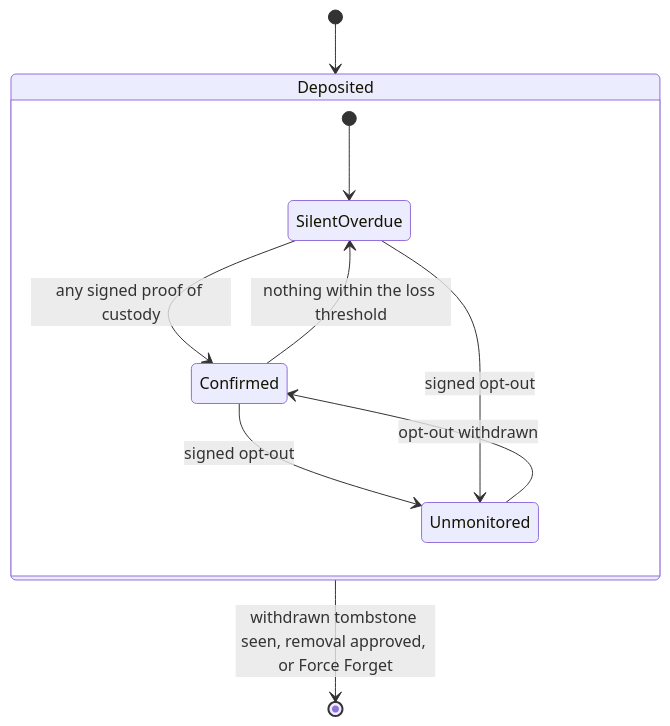
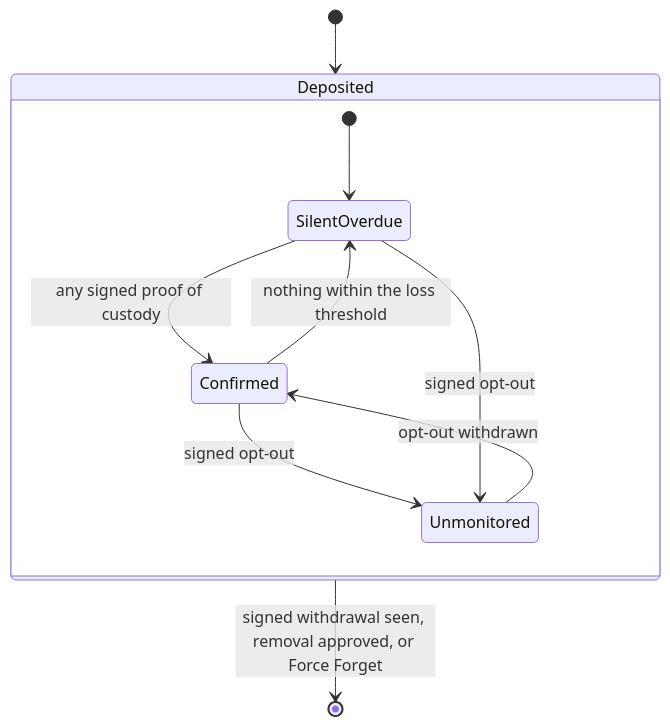
Before and after one commit to Deposplit/deposplit.com: the fourth of 4 diagrams in docs/lifecycles.md, drawn with Mermaid. The commit also changed other lines of this file and 48 other files, not shown here.

````diff
--- a/docs/lifecycles.md
+++ b/docs/lifecycles.md
@@ -217,13 +219,13 @@
 ```mermaid
 stateDiagram-v2
     [*] --> Deposited
     state Deposited {
         [*] --> SilentOverdue
         SilentOverdue --> Confirmed : any signed proof of custody
         Confirmed --> SilentOverdue : nothing within the loss threshold
         Confirmed --> Unmonitored : signed opt-out
         SilentOverdue --> Unmonitored : signed opt-out
         Unmonitored --> Confirmed : opt-out withdrawn
     }
-    Deposited --> [*] : withdrawn tombstone seen, removal approved, or Force Forget
+    Deposited --> [*] : signed withdrawal seen, removal approved, or Force Forget
 ```
````
